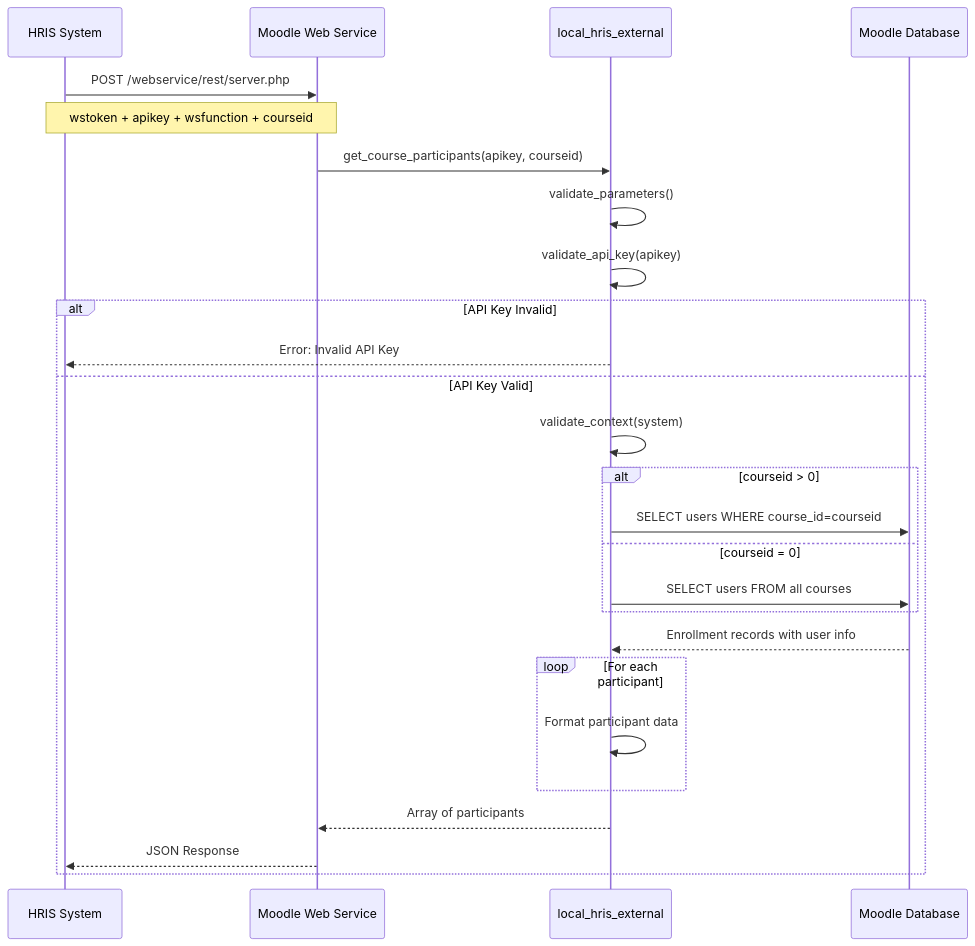
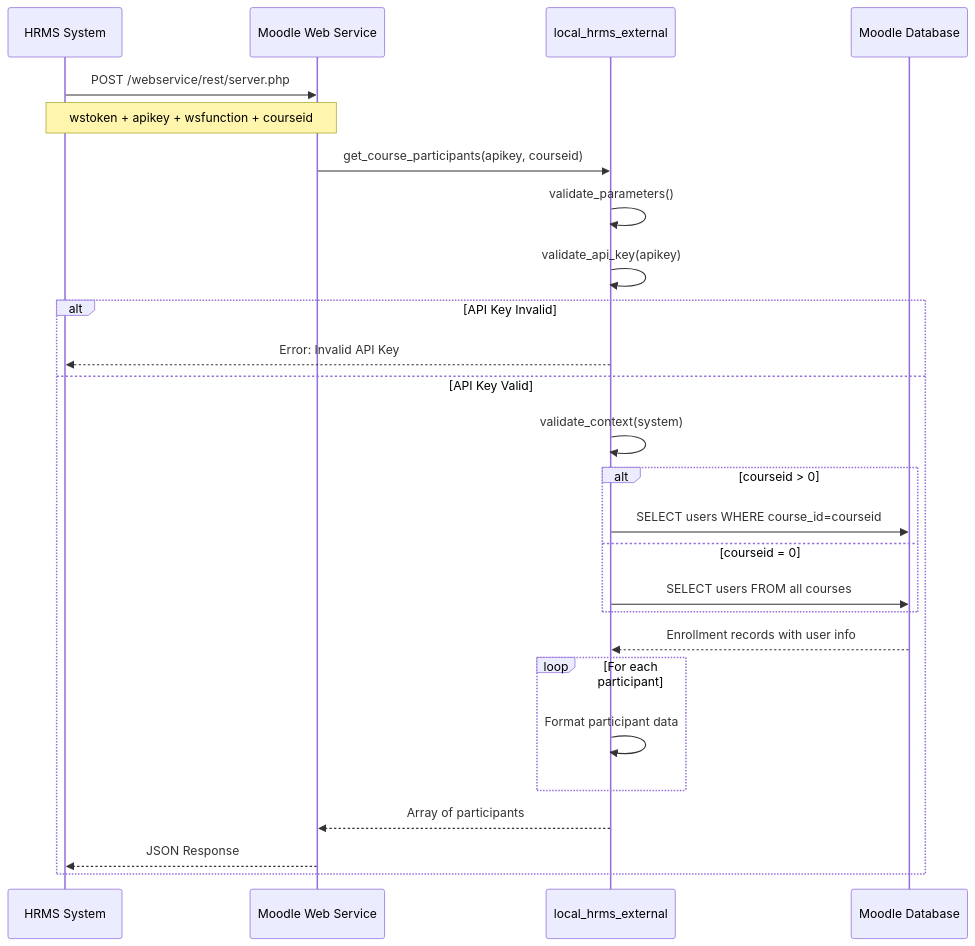
Before and after one commit to toosa/moodle-hrms: the fourth of 15 diagrams in DIAGRAMS.md, drawn with Mermaid. The commit also changed other lines of this file and 18 other files, not shown here.

First line of the commit message:
Refactor HRIS Integration to HRMS Integration

````diff
--- a/DIAGRAMS.md
+++ b/DIAGRAMS.md
@@ -137,36 +137,36 @@
 ```mermaid
 sequenceDiagram
-    participant HRIS as HRIS System
+    participant HRMS as HRMS System
     participant WS as Moodle Web Service
-    participant API as local_hris_external
+    participant API as local_hrms_external
     participant DB as Moodle Database
     
-    HRIS->>WS: POST /webservice/rest/server.php
-    Note over HRIS,WS: wstoken + apikey + wsfunction + courseid
+    HRMS->>WS: POST /webservice/rest/server.php
+    Note over HRMS,WS: wstoken + apikey + wsfunction + courseid
     
     WS->>API: get_course_participants(apikey, courseid)
     
     API->>API: validate_parameters()
     API->>API: validate_api_key(apikey)
     
     alt API Key Invalid
-        API-->>HRIS: Error: Invalid API Key
+        API-->>HRMS: Error: Invalid API Key
     else API Key Valid
         API->>API: validate_context(system)
         
         alt courseid > 0
             API->>DB: SELECT users WHERE course_id=courseid
         else courseid = 0
             API->>DB: SELECT users FROM all courses
         end
         
         DB-->>API: Enrollment records with user info
         
         loop For each participant
             API->>API: Format participant data
         end
         
         API-->>WS: Array of participants
-        WS-->>HRIS: JSON Response
+        WS-->>HRMS: JSON Response
     end
 ```
````
